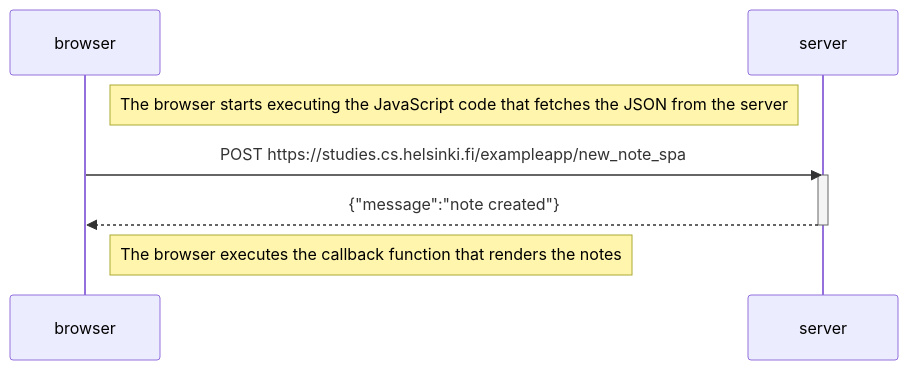
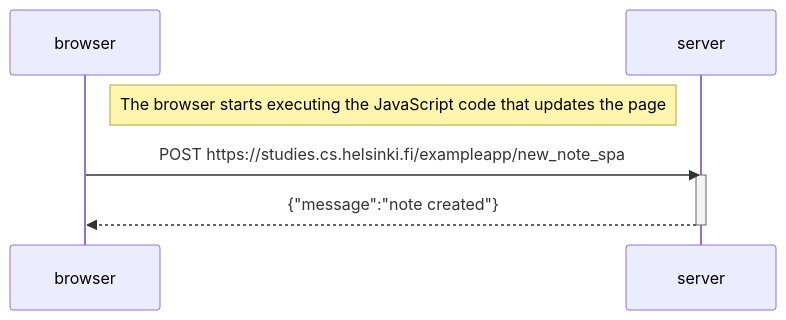
Before and after one commit to scottoli/fullstack: the diagram in part0/0.6.md, drawn with Mermaid.

````diff
--- a/part0/0.6.md
+++ b/part0/0.6.md
@@ -1,11 +1,9 @@
 ```mermaid
 sequenceDiagram
-    Note right of browser: The browser starts executing the JavaScript code that fetches the JSON from the server
+    Note right of browser: The browser starts executing the JavaScript code that updates the page
 
     browser->>server: POST https://studies.cs.helsinki.fi/exampleapp/new_note_spa
     activate server
     server-->>browser: {"message":"note created"}
     deactivate server
-
-    Note right of browser: The browser executes the callback function that renders the notes
 ```
````
